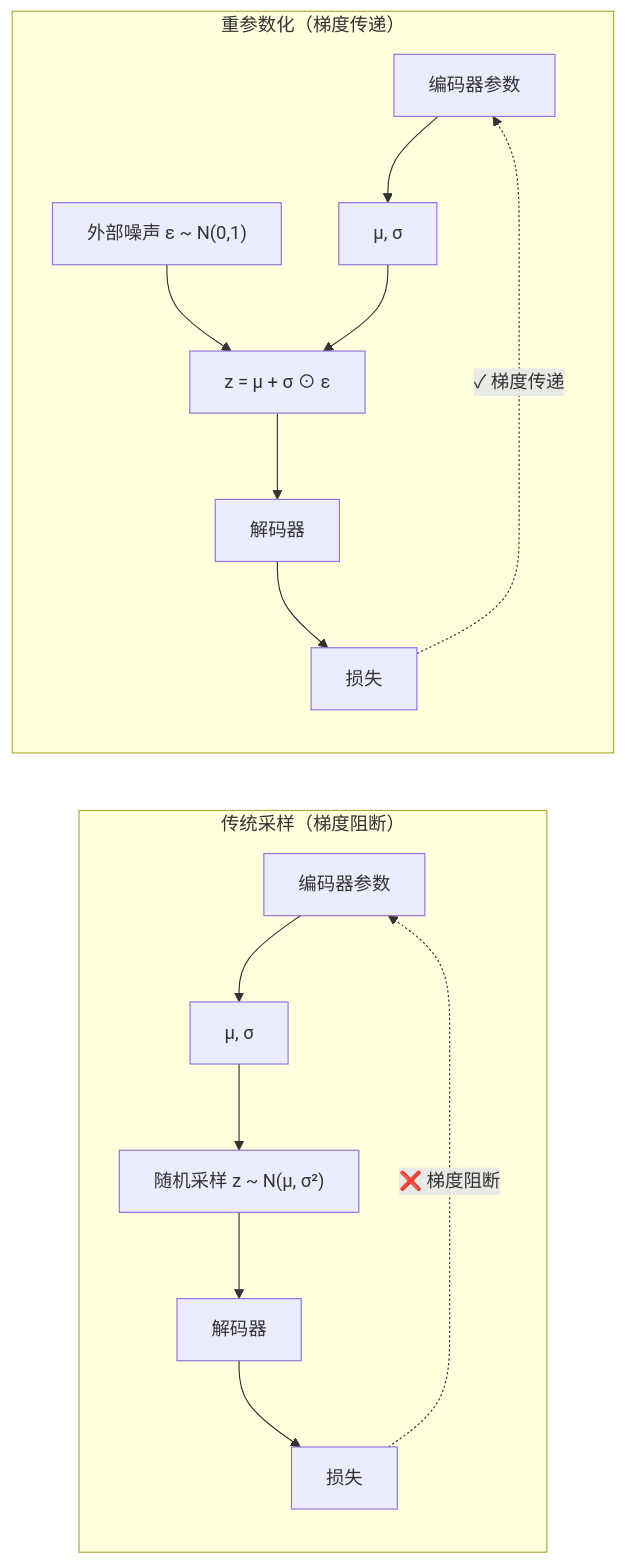
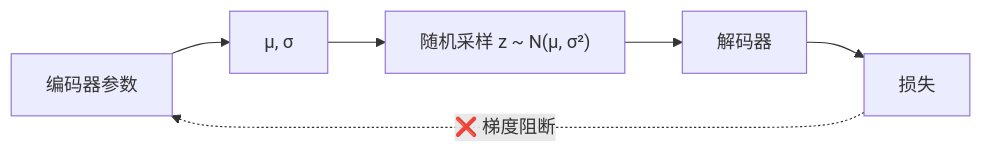
The fifth of 6 diagrams in docs/deep-learning/generative-models/vae.md (fenixsoft/dmla), drawn with Mermaid before and after one commit. The commit also changed other lines of this file and 20 other files, not shown here.

````diff
--- a/docs/deep-learning/generative-models/vae.md
+++ b/docs/deep-learning/generative-models/vae.md
@@ -255,19 +157,8 @@
-```mermaid
+```mermaid compact
 graph LR
-    subgraph "传统采样（梯度阻断）"
-        A1["编码器参数"] --> A2["μ, σ"]
-        A2 --> A3["随机采样 z ~ N(μ, σ²)"]
-        A3 --> A4["解码器"]
-        A4 --> A5["损失"]
-        A5 -.->|"❌ 梯度阻断"| A1
-    end
-    
-    subgraph "重参数化（梯度传递）"
-        B1["编码器参数"] --> B2["μ, σ"]
-        B3["外部噪声 ε ~ N(0,1)"] --> B4["z = μ + σ ⊙ ε"]
-        B2 --> B4
-        B4 --> B5["解码器"]
-        B5 --> B6["损失"]
-        B6 -.->|"✓ 梯度传递"| B1
-    end
+    A1["编码器参数"] --> A2["μ, σ"]
+    A2 --> A3["随机采样 z ~ N(μ, σ²)"]
+    A3 --> A4["解码器"]
+    A4 --> A5["损失"]
+    A5 -.->|"❌ 梯度阻断"| A1
 ```
````
